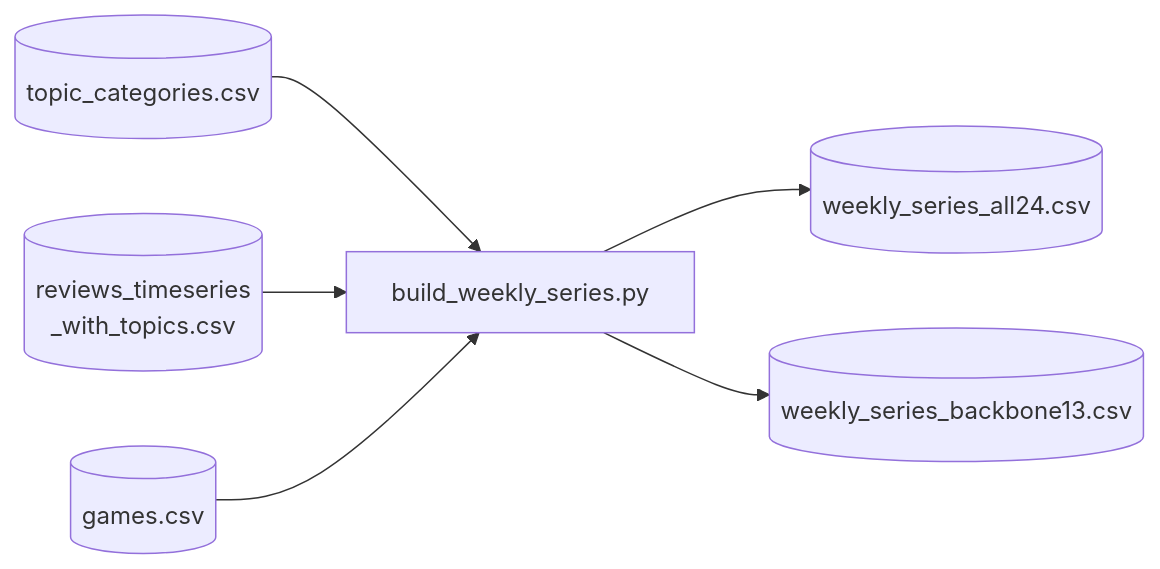
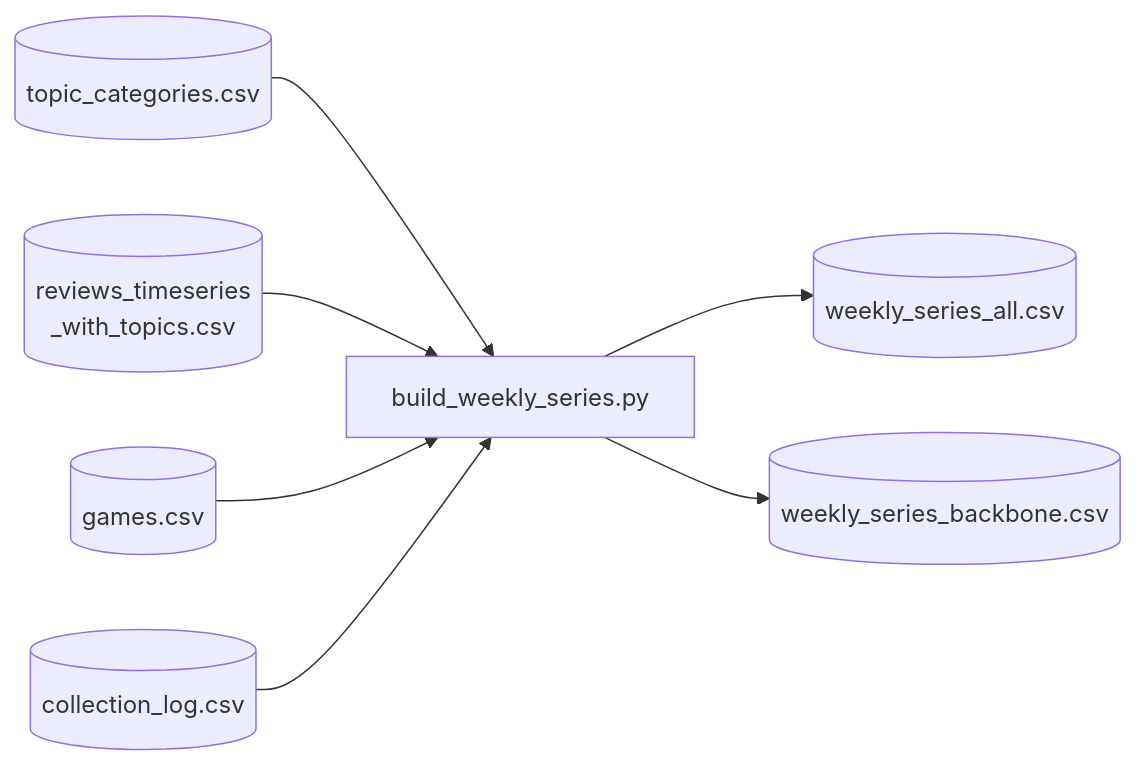
One commit to rindguitar/game-demand-forecast changed the ninth of 14 diagrams in scripts/README.md. Above: the diagram before and after it, drawn with Mermaid. The commit also changed other lines of this file and 9 other files, not shown here.

````diff
--- a/scripts/README.md
+++ b/scripts/README.md
@@ -277,8 +284,9 @@
 ```mermaid
 flowchart LR
     O[("topic_categories.csv")] --> S["build_weekly_series.py"]
     W[("reviews_timeseries<br/>_with_topics.csv")] --> S
     G[("games.csv")] --> S
-    S --> A[("weekly_series_all24.csv")]
-    S --> B[("weekly_series_backbone13.csv")]
+    L[("collection_log.csv")] --> S
+    S --> A[("weekly_series_all.csv")]
+    S --> B[("weekly_series_backbone.csv")]
 ```
````
